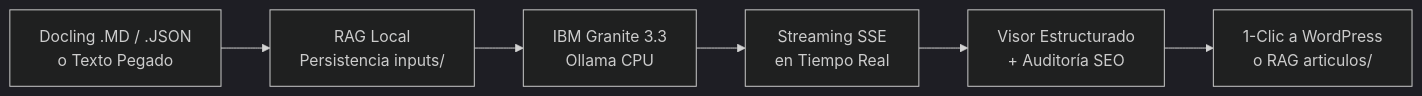
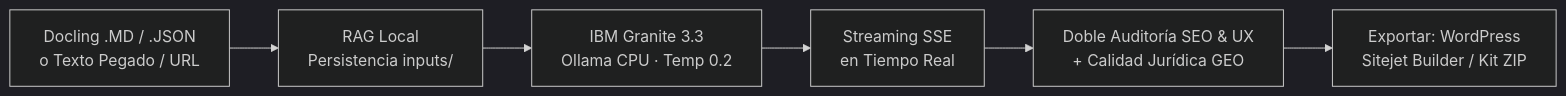
The diagram in README.md (julljoll/JullEditor), drawn with Mermaid (dark theme) before and after one commit. The commit also changed other lines of this file and 34 other files, not shown here.

Commit message:
feat: optimizaciones SEO 2026, perfiles legales VE/CO, exportador Sitejet Builder, auditoria UX y mejoras de resiliencia

````diff
--- a/README.md
+++ b/README.md
@@ -32,8 +39,8 @@
 ```mermaid
 graph LR
-    A[Docling .MD / .JSON<br/>o Texto Pegado] --> B[RAG Local<br/>Persistencia inputs/]
-    B --> C[IBM Granite 3.3<br/>Ollama CPU]
+    A[Docling .MD / .JSON<br/>o Texto Pegado / URL] --> B[RAG Local<br/>Persistencia inputs/]
+    B --> C[IBM Granite 3.3<br/>Ollama CPU · Temp 0.2]
     C --> D[Streaming SSE<br/>en Tiempo Real]
-    D --> E[Visor Estructurado<br/>+ Auditoría SEO]
-    E --> F[1-Clic a WordPress<br/>o RAG articulos/]
+    D --> E[Doble Auditoría SEO & UX<br/>+ Calidad Jurídica GEO]
+    E --> F[Exportar: WordPress<br/>Sitejet Builder / Kit ZIP]
 ```
````
